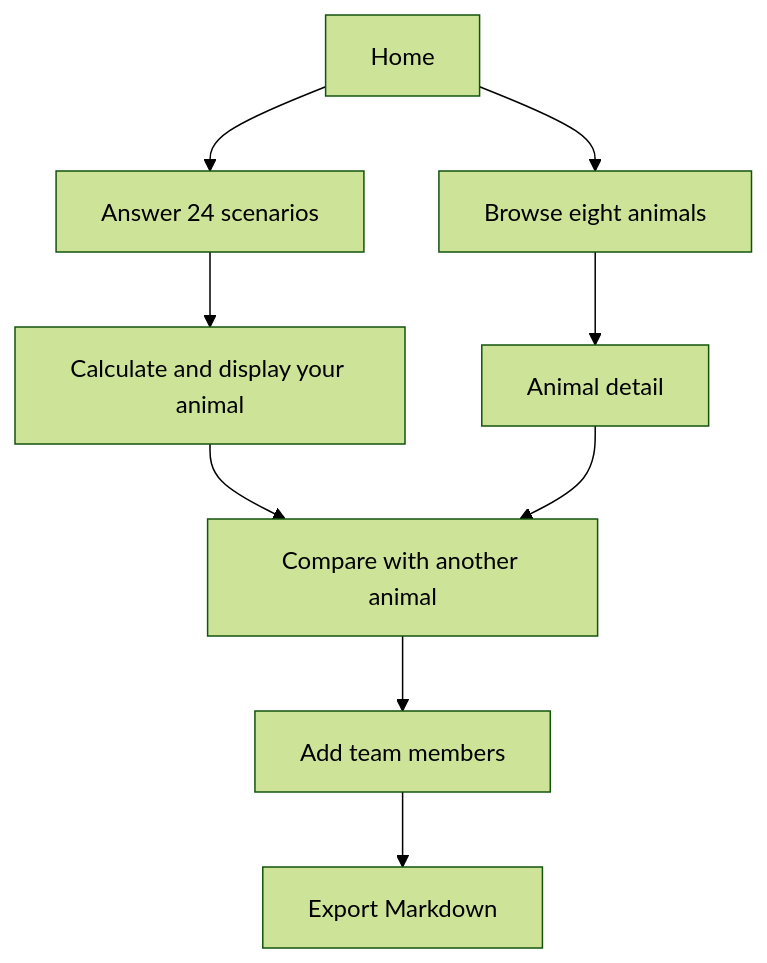
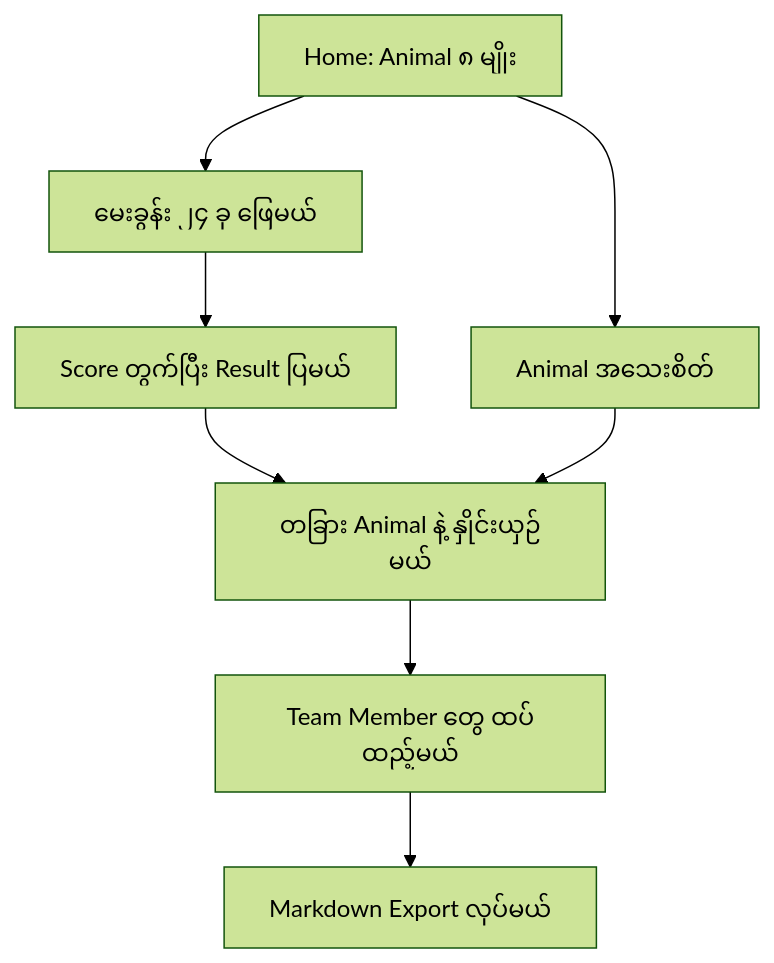
The diagram in README.md (burma-project-ideas/office-zoo), drawn with Mermaid (forest theme) before and after one commit. The commit also changed other lines of this file, not shown here.

````diff
--- a/README.md
+++ b/README.md
@@ -25,11 +75,10 @@
 ```mermaid
 flowchart TD
-    Home --> Browse[Browse eight animals]
-    Browse --> Detail[Animal detail]
-    Home --> Quiz[Answer 24 scenarios]
-    Quiz --> Result[Calculate and display your animal]
-    Result --> Compare[Compare with another animal]
+    Home["Home: Animal ၈ မျိုး"] --> Detail["Animal အသေးစိတ်"]
+    Home --> Quiz["မေးခွန်း ၂၄ ခု ဖြေမယ်"]
+    Quiz --> Result["Score တွက်ပြီး Result ပြမယ်"]
+    Result --> Compare["တခြား Animal နဲ့ နှိုင်းယှဉ်မယ်"]
     Detail --> Compare
-    Compare --> Team[Add team members]
-    Team --> Export[Export Markdown]
+    Compare --> Team["Team Member တွေ ထပ်ထည့်မယ်"]
+    Team --> Export["Markdown Export လုပ်မယ်"]
 ```
````
